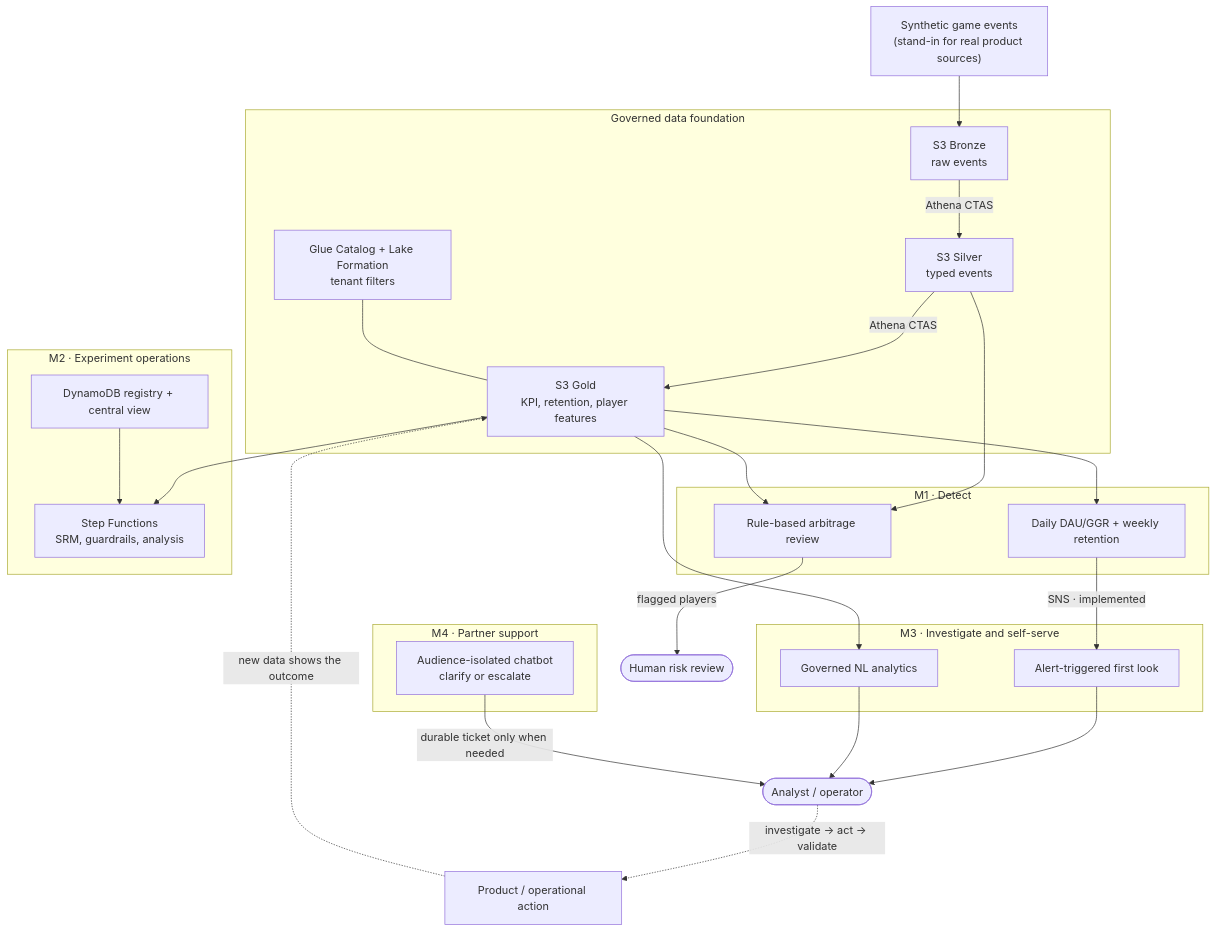
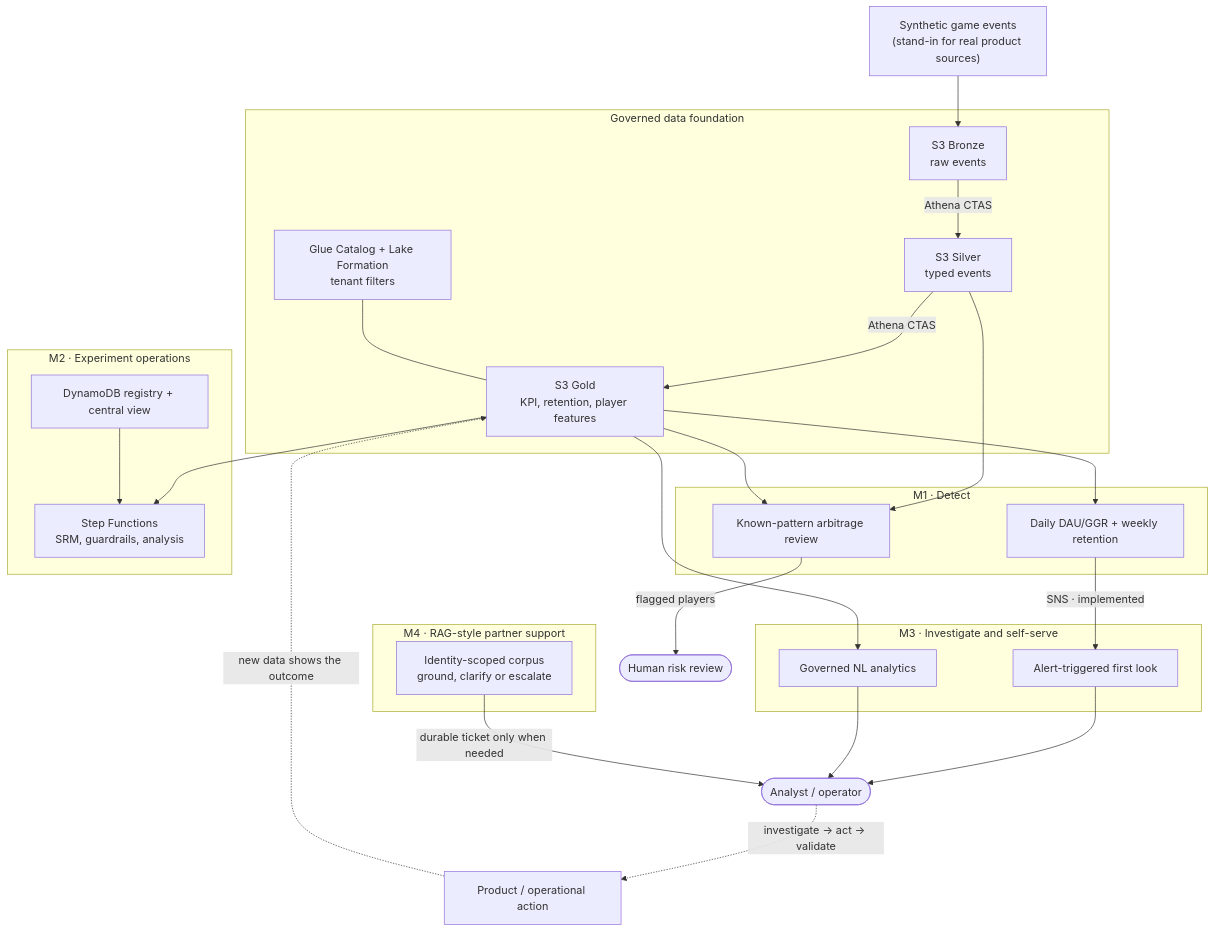
The diagram in README.md (leonlaiyc/aws_game_data_platform), drawn with Mermaid before and after one commit. The commit also changed other lines of this file and 6 other files, not shown here.

````diff
--- a/README.md
+++ b/README.md
@@ -30,49 +30,49 @@
 ```mermaid
 flowchart TB
     SRC["Synthetic game events<br/>(stand-in for real product sources)"]
 
     subgraph LAKE["Governed data foundation"]
         B["S3 Bronze<br/>raw events"]
         S["S3 Silver<br/>typed events"]
         G["S3 Gold<br/>KPI, retention, player features"]
         CAT["Glue Catalog + Lake Formation<br/>tenant filters"]
         B -->|"Athena CTAS"| S -->|"Athena CTAS"| G
         CAT --- G
     end
 
     subgraph M1["M1 · Detect"]
         ANOM["Daily DAU/GGR + weekly retention"]
-        ARB["Rule-based arbitrage review"]
+        ARB["Known-pattern arbitrage review"]
     end
 
     subgraph M2["M2 · Experiment operations"]
         REG["DynamoDB registry + central view"]
         EXP["Step Functions<br/>SRM, guardrails, analysis"]
     end
 
     subgraph M3["M3 · Investigate and self-serve"]
         FL["Alert-triggered first look"]
         ASK["Governed NL analytics"]
     end
 
-    subgraph M4["M4 · Partner support"]
-        BOT["Audience-isolated chatbot<br/>clarify or escalate"]
+    subgraph M4["M4 · RAG-style partner support"]
+        BOT["Identity-scoped corpus<br/>ground, clarify or escalate"]
     end
 
     SRC --> B
     G --> ANOM
     S --> ARB
     G --> ARB
     G --> ASK
     G --> EXP
     REG --> EXP
 
     ANOM -->|"SNS · implemented"| FL
     FL --> ANALYST(["Analyst / operator"])
     ASK --> ANALYST
     ARB -->|"flagged players"| REVIEW(["Human risk review"])
     BOT -->|"durable ticket only when needed"| ANALYST
 
     ANALYST -.->|"investigate → act → validate"| PRODUCT["Product / operational action"]
     PRODUCT -.->|"new data shows the outcome"| G
 ```
````
